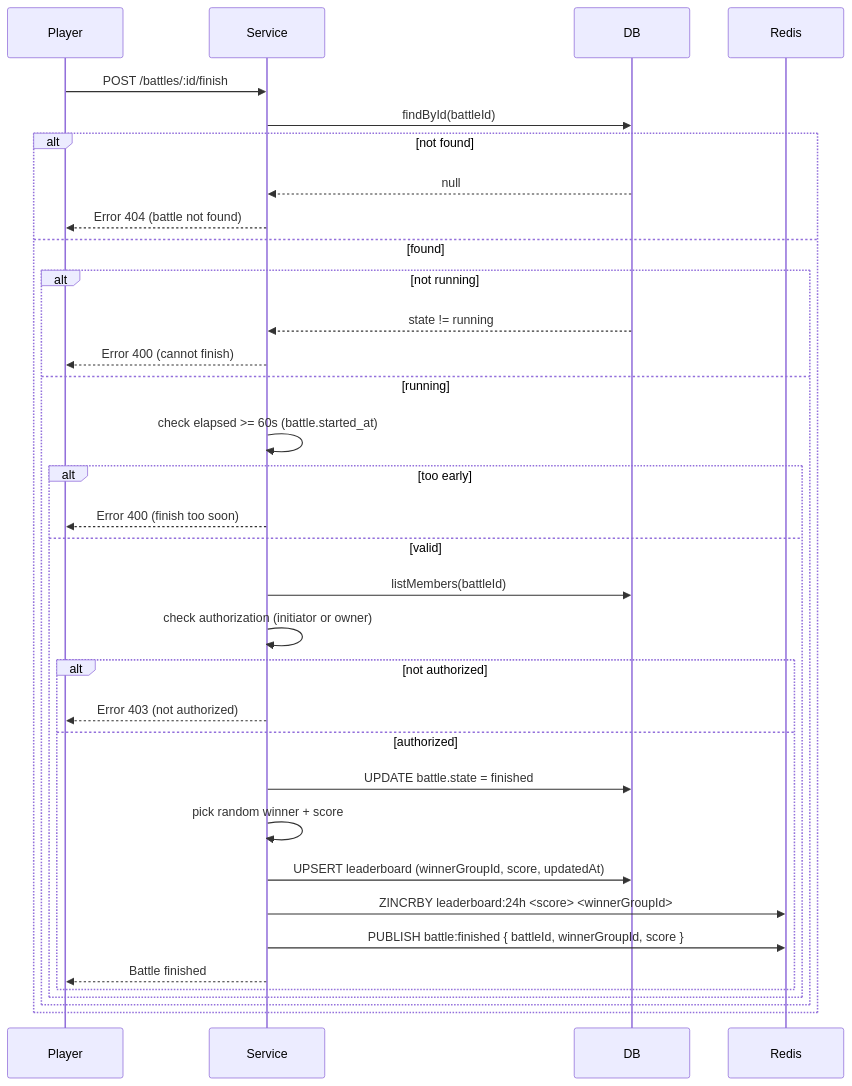
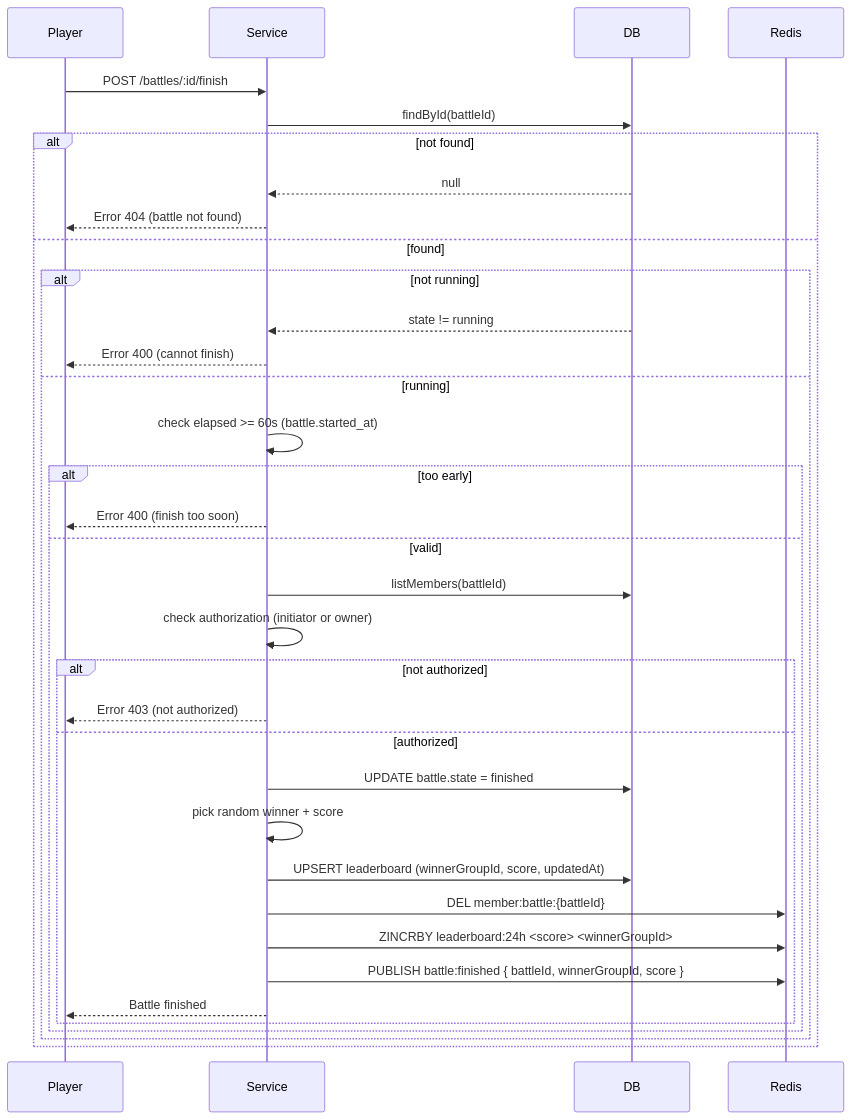
The fifth of 5 diagrams in README.md (akulnurislam/social-game), drawn with Mermaid before and after one commit. The commit also changed other lines of this file, not shown here.

````diff
--- a/README.md
+++ b/README.md
@@ -344,37 +344,38 @@
    ```mermaid
    sequenceDiagram
        participant Player
        participant Service
        participant DB
        participant Redis
    
        Player->>Service: POST /battles/:id/finish
        Service->>DB: findById(battleId)
        alt not found
-            DB-->>Service: null
-            Service-->>Player: Error 404 (battle not found)
-        else found
-            alt not running
-                DB-->>Service: state != running
-                Service-->>Player: Error 400 (cannot finish)
-            else running
-                Service->>Service: check elapsed >= 60s (battle.started_at)
-                alt too early
-                    Service-->>Player: Error 400 (finish too soon)
-                else valid
-                    Service->>DB: listMembers(battleId)
-                    Service->>Service: check authorization (initiator or owner)
-                    alt not authorized
-                        Service-->>Player: Error 403 (not authorized)
-                    else authorized
-                        Service->>DB: UPDATE battle.state = finished
-                        Service->>Service: pick random winner + score
-                        Service->>DB: UPSERT leaderboard (winnerGroupId, score, updatedAt)
-                        Service->>Redis: ZINCRBY leaderboard:24h <score> <winnerGroupId>
-                        Service->>Redis: PUBLISH battle:finished { battleId, winnerGroupId, score }
-                        Service-->>Player: Battle finished
-                    end
-                end
-        end
-    end
+           DB-->>Service: null
+           Service-->>Player: Error 404 (battle not found)
+       else found
+           alt not running
+               DB-->>Service: state != running
+               Service-->>Player: Error 400 (cannot finish)
+           else running
+               Service->>Service: check elapsed >= 60s (battle.started_at)
+               alt too early
+                   Service-->>Player: Error 400 (finish too soon)
+               else valid
+                   Service->>DB: listMembers(battleId)
+                   Service->>Service: check authorization (initiator or owner)
+                   alt not authorized
+                       Service-->>Player: Error 403 (not authorized)
+                   else authorized
+                       Service->>DB: UPDATE battle.state = finished
+                       Service->>Service: pick random winner + score
+                       Service->>DB: UPSERT leaderboard (winnerGroupId, score, updatedAt)
+                       Service->>Redis: DEL member:battle:{battleId}
+                       Service->>Redis: ZINCRBY leaderboard:24h <score> <winnerGroupId>
+                       Service->>Redis: PUBLISH battle:finished { battleId, winnerGroupId, score }
+                       Service-->>Player: Battle finished
+                   end
+               end
+           end
+       end
    ```
````
